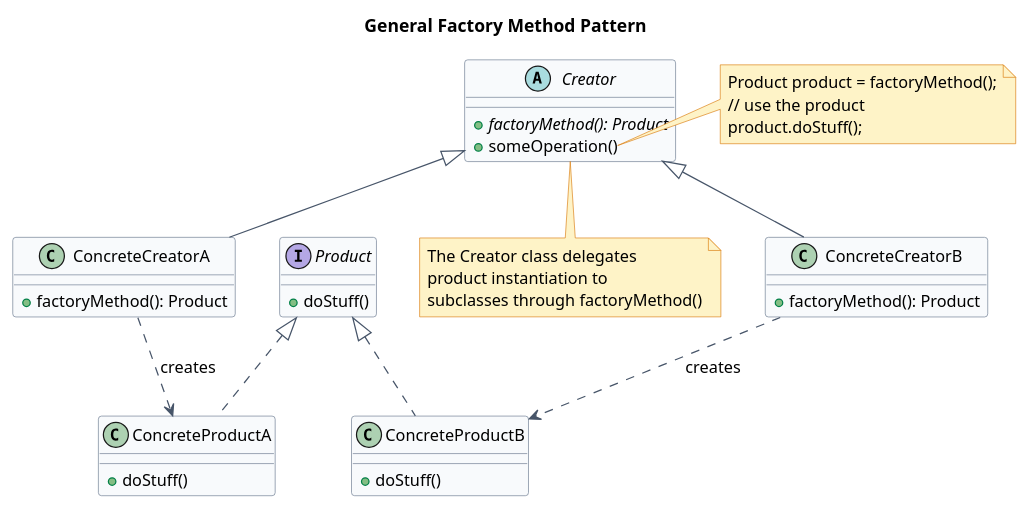
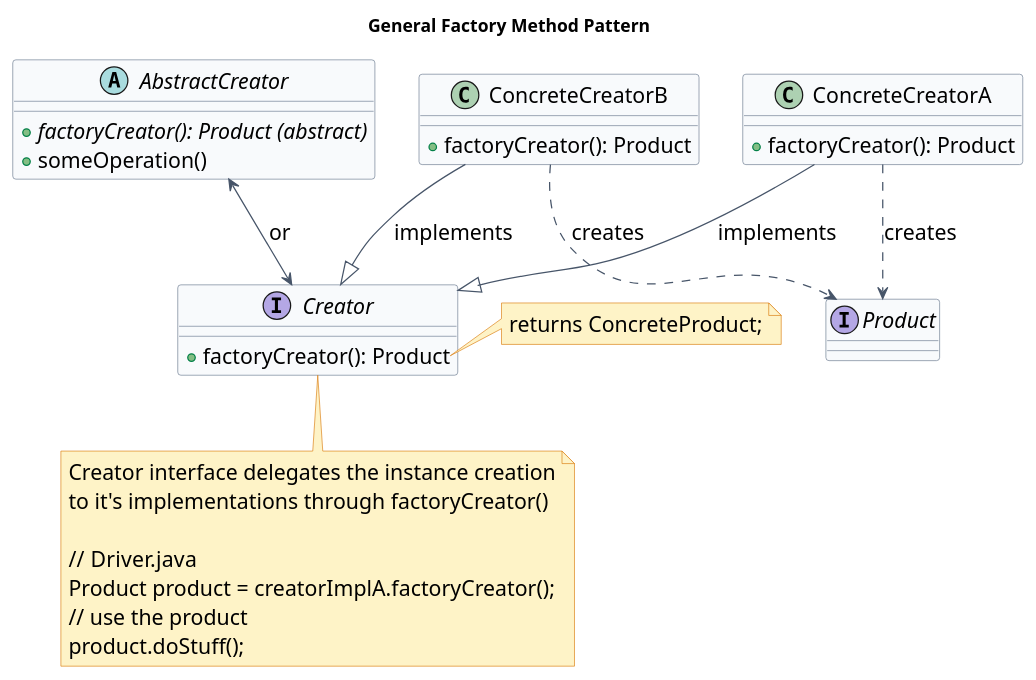
The first of 4 diagrams in src/content/docs/low-level-design/patterns/creational-patterns.md (VivekGupta137/vgblog), drawn with PlantUML before and after one commit. The commit also changed 3 other files, not shown here.

````diff
--- a/src/content/docs/low-level-design/patterns/creational-patterns.md
+++ b/src/content/docs/low-level-design/patterns/creational-patterns.md
@@ -24,59 +24,62 @@
 ```plantuml
 @startuml
 title General Factory Method Pattern
 
 skinparam backgroundColor #ffffff
 skinparam Shadowing false
 skinparam DefaultFontName Arial
-skinparam DefaultFontSize 13
+skinparam DefaultFontSize 17
 skinparam ArrowColor #475569
 skinparam rectangleBorderColor #64748b
 skinparam rectangleBackgroundColor #f8fafc
 skinparam classBackgroundColor #f8fafc
 skinparam classBorderColor #64748b
 skinparam interfaceBackgroundColor #ecfdf5
 skinparam interfaceBorderColor #10b981
 skinparam noteBackgroundColor #fef3c7
 skinparam noteBorderColor #d97706
 
-abstract class Creator {
-  + {abstract} factoryMethod(): Product
+interface Creator {
+  + factoryCreator(): Product
+}
+
+abstract AbstractCreator {
+  + {abstract} factoryCreator(): Product (abstract)
   + someOperation()
 }
 
-class ConcreteCreatorA extends Creator {
-  + factoryMethod(): Product
+interface Product {
+
 }
 
-class ConcreteCreatorB extends Creator {
-  + factoryMethod(): Product
-}
+note right of Creator::factoryCreator
+  returns ConcreteProduct;
+end note
 
-interface Product {
-  + doStuff()
-}
+note bottom of Creator
+  Creator interface delegates the instance creation
+  to it's implementations through factoryCreator()
 
-class ConcreteProductA implements Product {
-  + doStuff()
-}
-
-class ConcreteProductB implements Product {
-  + doStuff()
-}
-
-ConcreteCreatorA ..> ConcreteProductA : creates
-ConcreteCreatorB ..> ConcreteProductB : creates
-
-note right of Creator::someOperation
-  Product product = factoryMethod();
+  // Driver.java
+  Product product = creatorImplA.factoryCreator();
   // use the product
   product.doStuff();
 end note
 
-note bottom of Creator
-  The Creator class delegates
-  product instantiation to
-  subclasses through factoryMethod()
-end note
+class ConcreteCreatorA {
+  + factoryCreator(): Product
+}
+
+class ConcreteCreatorB {
+  + factoryCreator(): Product
+}
+
+ConcreteCreatorA ..> Product : creates 
+ConcreteCreatorB ..> Product : creates
+
+AbstractCreator <--> Creator : or
+
+ConcreteCreatorA --|> Creator : implements
+ConcreteCreatorB --|> Creator : implements
 @enduml
 ```
````
